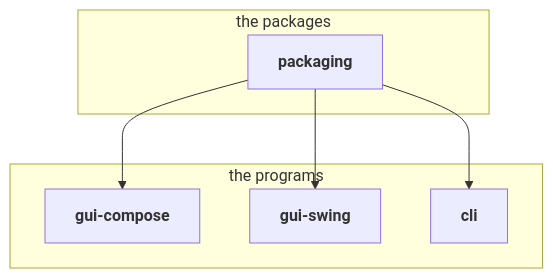
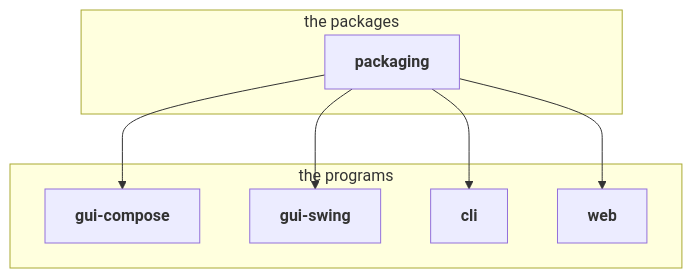
The fourth of 4 diagrams in docs/developing.md (loplex/sandbox_testing_repo_1), drawn with Mermaid before and after one commit. The commit also changed other lines of this file and 9 other files, not shown here.

````diff
--- a/docs/developing.md
+++ b/docs/developing.md
@@ -168,16 +168,18 @@
 ```mermaid
 graph TD
     subgraph packages [the packages]
         packaging
     end
     subgraph programs [the programs]
         gui-compose
         gui-swing
         cli
+        web
     end
     packaging --> gui-compose
     packaging --> gui-swing
     packaging --> cli
+    packaging --> web
     classDef program font-weight:bold
-    class packaging,gui-compose,gui-swing,cli program
+    class packaging,gui-compose,gui-swing,cli,web program
 ```
````
